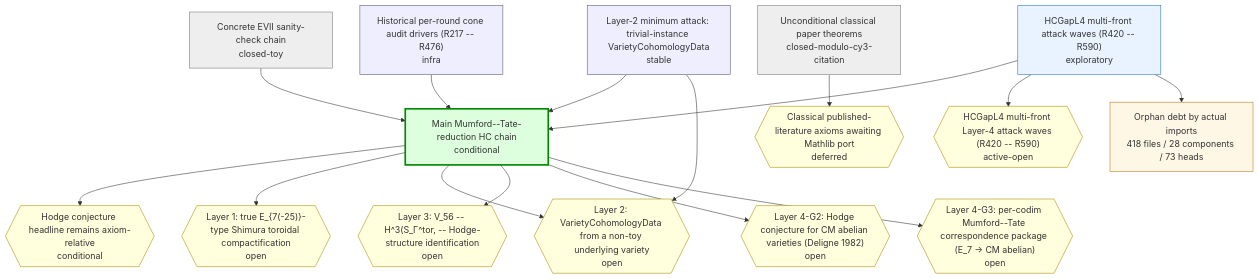
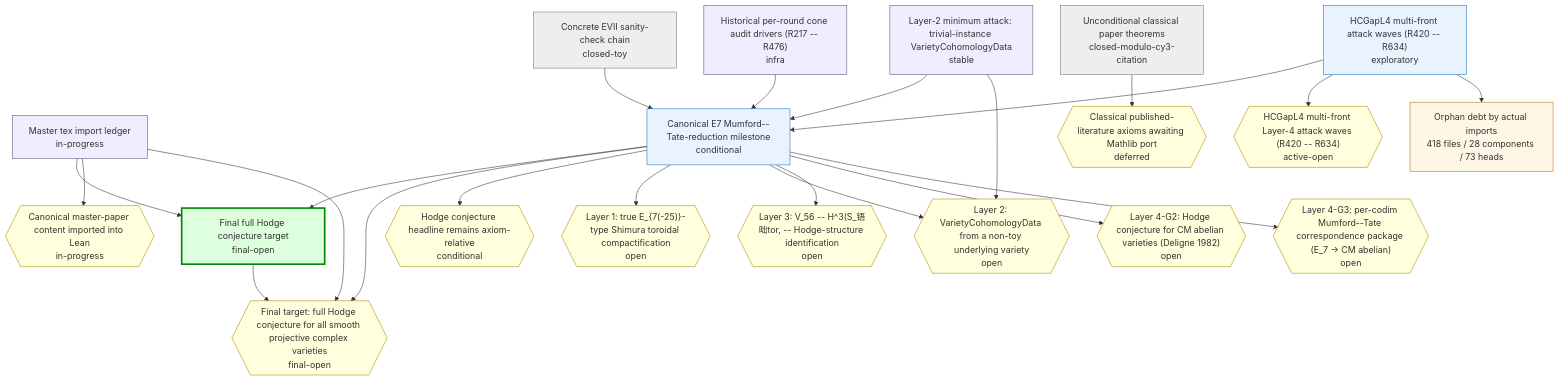
The first of 2 diagrams in chain-status/research-map.md (crabsatellite/hodge-conjecture-lean4-formalization), drawn with Mermaid before and after one commit. The commit also changed other lines of this file and 63 other files, not shown here.

````diff
--- a/chain-status/research-map.md
+++ b/chain-status/research-map.md
@@ -45,44 +46,54 @@
 ```mermaid
 graph TD
   classDef main fill:#dfd,stroke:#080,stroke-width:3px
   classDef active fill:#e8f3ff,stroke:#2670b8
   classDef support fill:#eef,stroke:#557
   classDef closed fill:#eee,stroke:#777
   classDef dead fill:#fdd,stroke:#a00,stroke-width:2px
   classDef gapOpen fill:#ffd,stroke:#a80
   classDef gapClosed fill:#eee,stroke:#777
   classDef gapDead fill:#fdd,stroke:#a00
   classDef debt fill:#fff7e6,stroke:#b87514
   classDef debtTaxonomy fill:#e8f3ff,stroke:#2670b8,stroke-dasharray:3 3
   classDef debtRule fill:#eefbea,stroke:#398439,stroke-dasharray:3 3
   classDef debtDead fill:#fdd,stroke:#a00,stroke-dasharray:3 3
-  chain_main_hc_axiom_relative["Main Mumford--Tate-reduction HC chain\nconditional"]:::main
+  chain_full_hc_final_target["Final full Hodge conjecture target\nfinal-open"]:::main
+  chain_master_paper_import_ledger["Master tex import ledger\nin-progress"]:::support
+  chain_main_hc_axiom_relative["Canonical E7 Mumford--Tate-reduction milestone\nconditional"]:::active
   chain_unconditional_classical["Unconditional classical paper theorems\nclosed-modulo-cy3-citation"]:::closed
   chain_hcgap_l2_trivial_instances["Layer-2 minimum attack: trivial-instance VarietyCohomologyData\nstable"]:::support
-  chain_hcgap_l4_multifront_active["HCGapL4 multi-front attack waves (R420 -- R590)\nexploratory"]:::active
+  chain_hcgap_l4_multifront_active["HCGapL4 multi-front attack waves (R420 -- R634)\nexploratory"]:::active
   chain_concrete_evii_toy["Concrete EVII sanity-check chain\nclosed-toy"]:::closed
   chain_historical_cone_audits["Historical per-round cone audit drivers (R217 -- R476)\ninfra"]:::support
+  gap_G_full_hc{{"Final target: full Hodge conjecture for all smooth projective complex varieties\nfinal-open"}}:::gapOpen
+  gap_G_master_paper_import{{"Canonical master-paper content imported into Lean\nin-progress"}}:::gapOpen
   gap_G_main_hc{{"Hodge conjecture headline remains axiom-relative\nconditional"}}:::gapOpen
   gap_G_l1_e7_shimura_tor{{"Layer 1: true E_{7(-25)}-type Shimura toroidal compactification\nopen"}}:::gapOpen
   gap_G_l2_cohomology_construction{{"Layer 2: VarietyCohomologyData from a non-toy underlying variety\nopen"}}:::gapOpen
-  gap_G_l3_v56_mt_identification{{"Layer 3: V_56 -- H^3(S_Γ^tor, -- Hodge-structure identification\nopen"}}:::gapOpen
+  gap_G_l3_v56_mt_identification{{"Layer 3: V_56 -- H^3(S_铻昢tor, -- Hodge-structure identification\nopen"}}:::gapOpen
   gap_G_l4_cm_abelian_hc{{"Layer 4-G2: Hodge conjecture for CM abelian varieties (Deligne 1982)\nopen"}}:::gapOpen
   gap_G_l4_mt_correspondence{{"Layer 4-G3: per-codim Mumford--Tate correspondence package (E_7 -> CM abelian)\nopen"}}:::gapOpen
   gap_G_classical_mathlib_port{{"Classical published-literature axioms awaiting Mathlib port\ndeferred"}}:::gapOpen
-  gap_G_hcgap_l4_multifront{{"HCGapL4 multi-front Layer-4 attack waves (R420 -- R590)\nactive-open"}}:::gapOpen
+  gap_G_hcgap_l4_multifront{{"HCGapL4 multi-front Layer-4 attack waves (R420 -- R634)\nactive-open"}}:::gapOpen
+  chain_full_hc_final_target --> gap_G_full_hc
+  chain_master_paper_import_ledger --> chain_full_hc_final_target
+  chain_master_paper_import_ledger --> gap_G_master_paper_import
+  chain_master_paper_import_ledger --> gap_G_full_hc
+  chain_main_hc_axiom_relative --> chain_full_hc_final_target
+  chain_main_hc_axiom_relative --> gap_G_full_hc
   chain_main_hc_axiom_relative --> gap_G_main_hc
   chain_main_hc_axiom_relative --> gap_G_l1_e7_shimura_tor
   chain_main_hc_axiom_relative --> gap_G_l2_cohomology_construction
   chain_main_hc_axiom_relative --> gap_G_l3_v56_mt_identification
   chain_main_hc_axiom_relative --> gap_G_l4_cm_abelian_hc
   chain_main_hc_axiom_relative --> gap_G_l4_mt_correspondence
   chain_unconditional_classical --> gap_G_classical_mathlib_port
   chain_hcgap_l2_trivial_instances --> chain_main_hc_axiom_relative
   chain_hcgap_l2_trivial_instances --> gap_G_l2_cohomology_construction
   chain_hcgap_l4_multifront_active --> chain_main_hc_axiom_relative
   chain_hcgap_l4_multifront_active --> gap_G_hcgap_l4_multifront
   chain_concrete_evii_toy --> chain_main_hc_axiom_relative
   chain_historical_cone_audits --> chain_main_hc_axiom_relative
   debt_all["Orphan debt by actual imports\n418 files / 28 components / 73 heads"]:::debt
   chain_hcgap_l4_multifront_active --> debt_all
 ```
````
